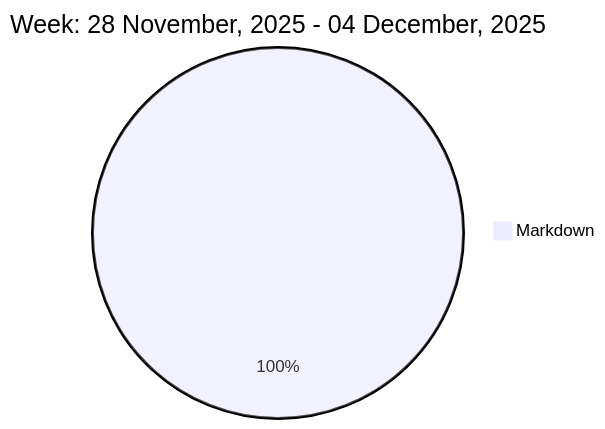
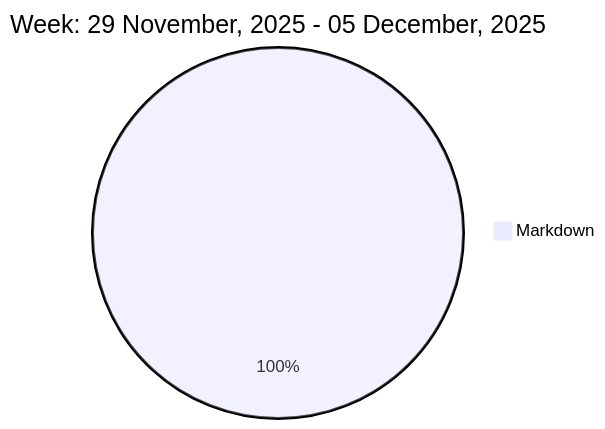
The diagram in README.md (liubin95/liubin95), drawn with Mermaid before and after one commit.

Commit message:
Updated the Graph with new Metrics

````diff
--- a/README.md
+++ b/README.md
@@ -37,5 +37,5 @@
 ```mermaid
  pie
-title Week: 28 November, 2025 - 04 December, 2025
- "Markdown" : 3.35
+title Week: 29 November, 2025 - 05 December, 2025
+ "Markdown" : 3.1
 ```
````
